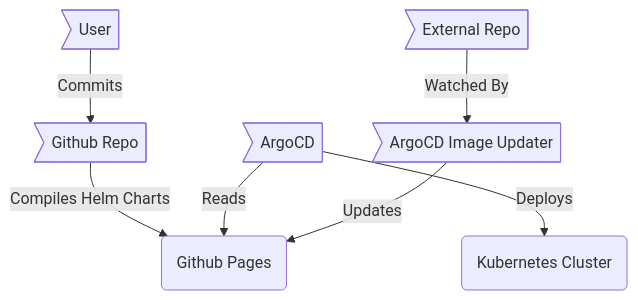
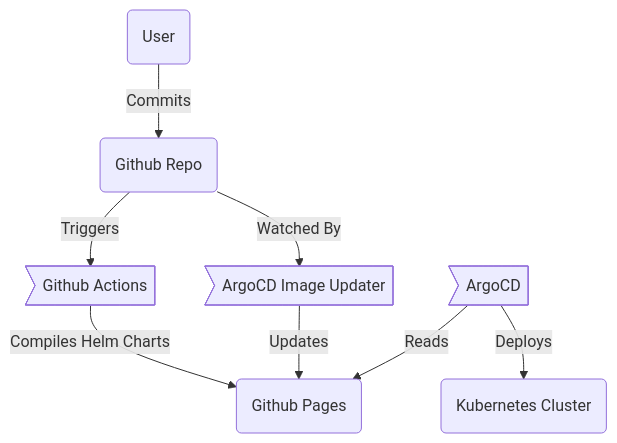
The second of 3 diagrams in README.md (jaredfiorali/infrastructure), drawn with Mermaid before and after one commit.

Commit message:
README - Chart updates

````diff
--- a/README.md
+++ b/README.md
@@ -173,9 +173,10 @@
 ```mermaid
 graph TD
-    A>User] -->|Commits| B(Github Repo)
-    B>Github Repo] -->|Compiles Helm Charts| C>Github Pages]
+    A(User) -->|Commits| B(Github Repo)
+    B(Github Repo) -->|Triggers| F>Github Actions]
+    F>Github Actions] -->|Compiles Helm Charts| C>Github Pages]
+    B(Github Repo) -->|Watched By| G(ArgoCD Image Updater)
+    G>ArgoCD Image Updater] -->|Updates| C(Github Pages)
     D>ArgoCD] -->|Reads| C(Github Pages)
     D>ArgoCD] -->|Deploys| E(Kubernetes Cluster)
-    F>External Repo] -->|Watched By| G(ArgoCD Image Updater)
-    G>ArgoCD Image Updater] -->|Updates| C(Github Pages)
 ```
````
